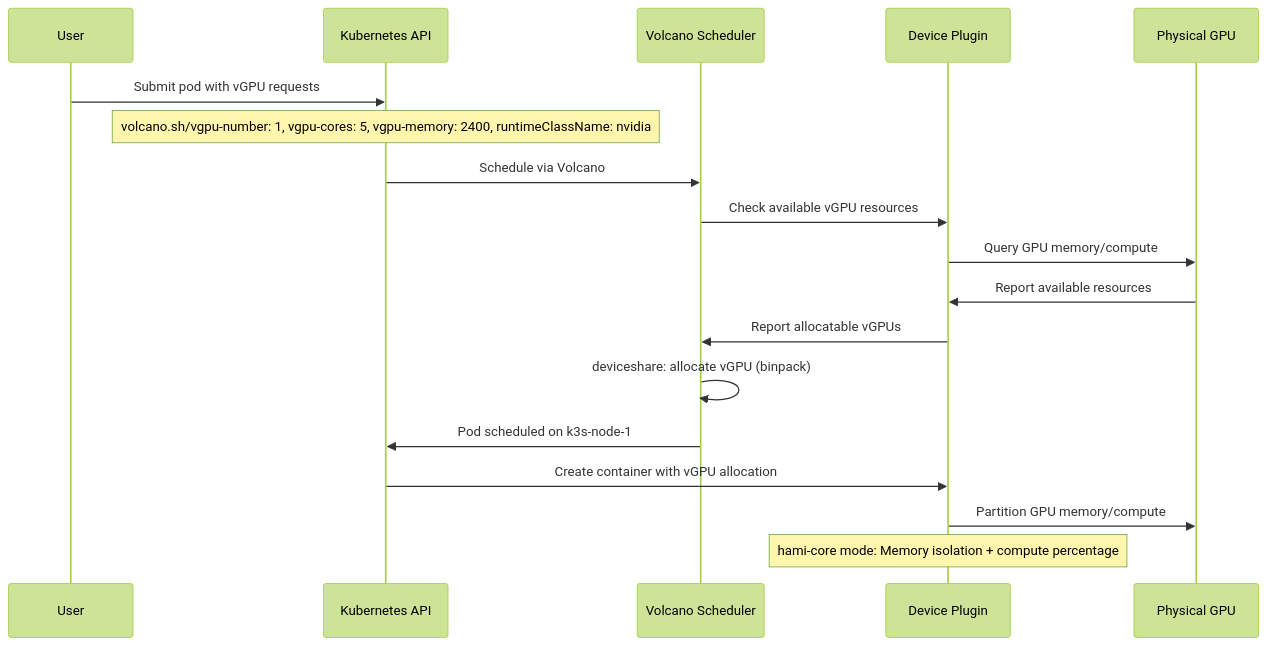
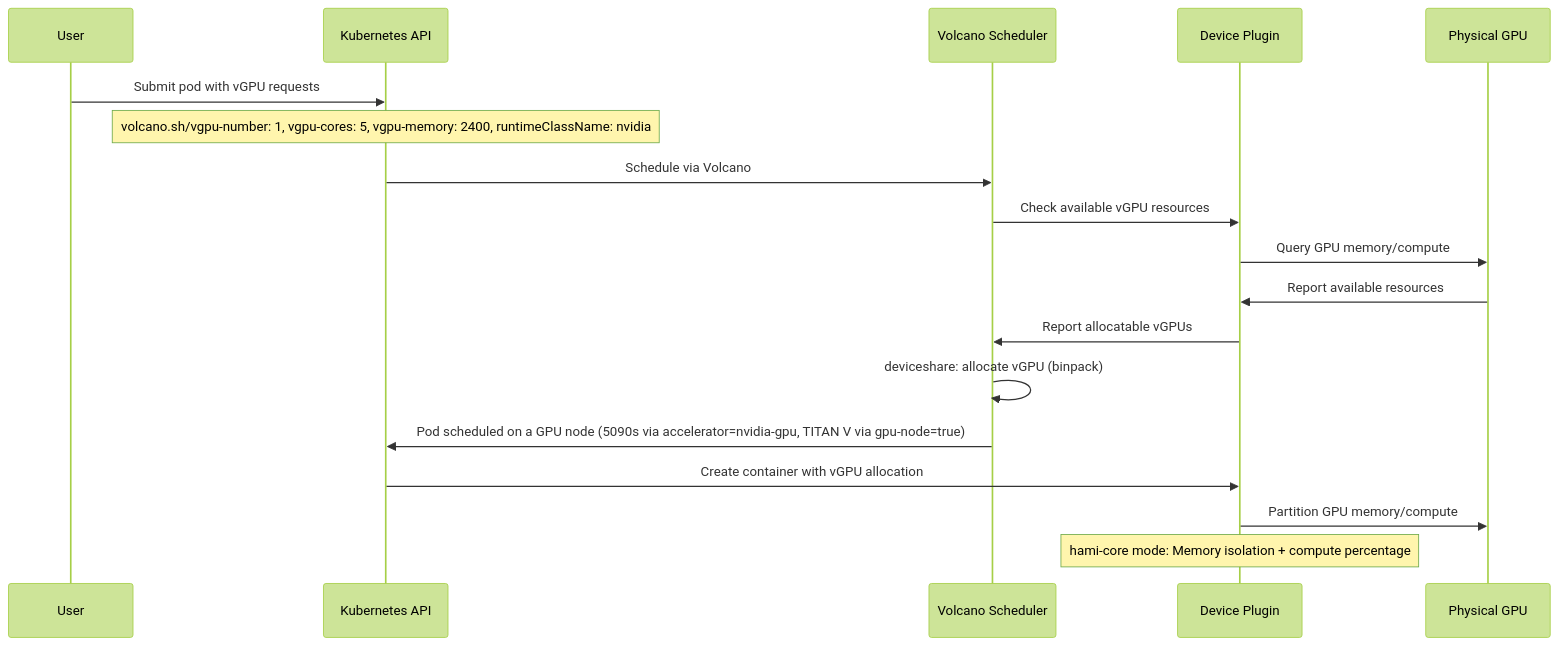
The third of 3 diagrams in gpu-stack.md (fmfi-dai-gpu-servers/compute-wiki), drawn with Mermaid (forest theme) before and after one commit. The commit also changed other lines of this file and 7 other files, not shown here.

First line of the commit message:
Document cu128 GPU platform, TITAN Xp masking, and 6-node cluster

````diff
--- a/gpu-stack.md
+++ b/gpu-stack.md
@@ -66,21 +75,21 @@
 ```mermaid
 sequenceDiagram
     participant User as User
     participant K8s as Kubernetes API
     participant V as Volcano Scheduler
     participant DP as Device Plugin
     participant GPU as Physical GPU
 
     User->>K8s: Submit pod with vGPU requests
     Note over K8s: volcano.sh/vgpu-number: 1, vgpu-cores: 5, vgpu-memory: 2400, runtimeClassName: nvidia
     K8s->>V: Schedule via Volcano
     V->>DP: Check available vGPU resources
     DP->>GPU: Query GPU memory/compute
     GPU->>DP: Report available resources
     DP->>V: Report allocatable vGPUs
     V->>V: deviceshare: allocate vGPU (binpack)
-    V->>K8s: Pod scheduled on k3s-node-1
+    V->>K8s: Pod scheduled on a GPU node (5090s via accelerator=nvidia-gpu, TITAN V via gpu-node=true)
     K8s->>DP: Create container with vGPU allocation
     DP->>GPU: Partition GPU memory/compute
     Note over DP: hami-core mode: Memory isolation + compute percentage
 ```
````
